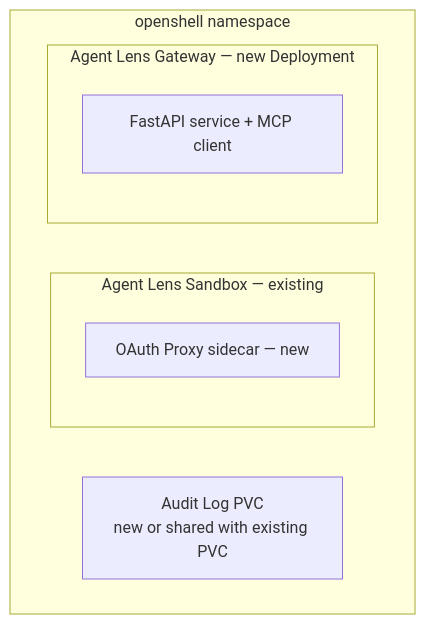
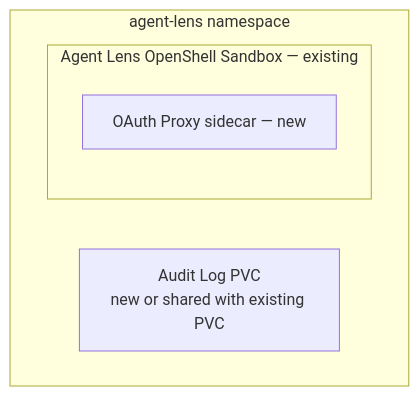
The first of 3 diagrams in docs/product/roadmap.md (rrbanda/agent-lens), drawn with Mermaid before and after one commit. The commit also changed other lines of this file and 3 other files, not shown here.

First line of the commit message:
docs: add OpenShell sandbox security story, clean up roadmap

````diff
--- a/docs/product/roadmap.md
+++ b/docs/product/roadmap.md
@@ -91,12 +91,9 @@
 ```mermaid
 flowchart TB
-    subgraph ns [openshell namespace]
-        subgraph sandbox [Agent Lens Sandbox — existing]
+    subgraph ns [agent-lens namespace]
+        subgraph sandbox [Agent Lens OpenShell Sandbox — existing]
             OAuth[OAuth Proxy sidecar — new]
-        end
-        subgraph gateway [Agent Lens Gateway — new Deployment]
-            FastAPI[FastAPI service + MCP client]
         end
         PVC[Audit Log PVC\nnew or shared with existing PVC]
     end
 ```
````
